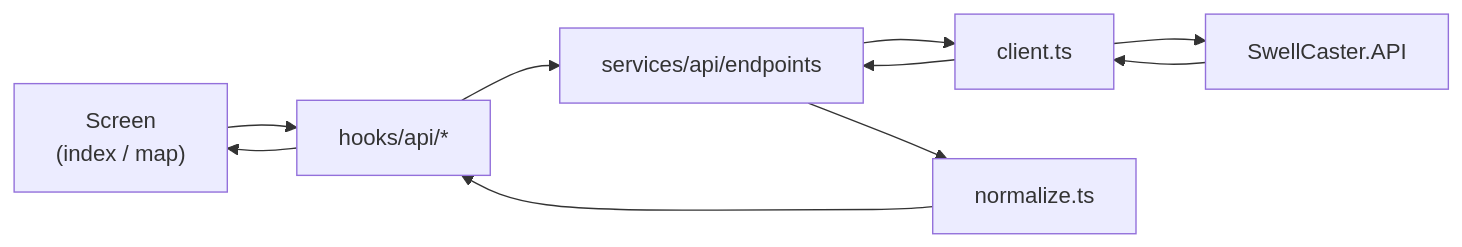
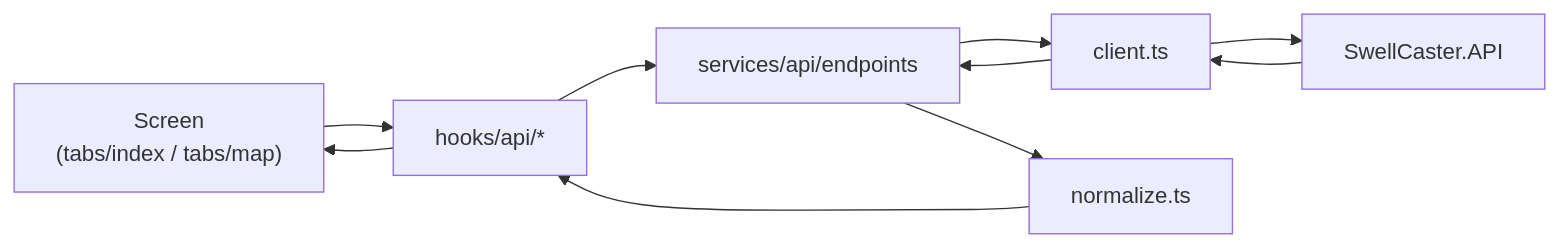
Before and after one commit to JesseTDev/swellcaster.native: the diagram in ARCHITECTURE.md, drawn with Mermaid. The commit also changed other lines of this file and 6 other files, not shown here.

Commit message:
Update native docs to match current app architecture. Document tab navigation, Clerk auth, useForecast-only hooks, and curated spot JSON paths; remove references to deleted components and hooks.

````diff
--- a/ARCHITECTURE.md
+++ b/ARCHITECTURE.md
@@ -78,18 +84,18 @@
 ```mermaid
 flowchart LR
-    Screen["Screen<br/>(index / map)"]
+    Screen["Screen<br/>(tabs/index / tabs/map)"]
     Hook["hooks/api/*"]
     API["services/api/endpoints"]
     Axios["client.ts"]
     Backend["SwellCaster.API"]
 
     Screen --> Hook
     Hook --> API
     API --> Axios
     Axios --> Backend
     Backend --> Axios
     Axios --> API
     API --> Normalize["normalize.ts"]
     Normalize --> Hook
     Hook --> Screen
 ```
````
